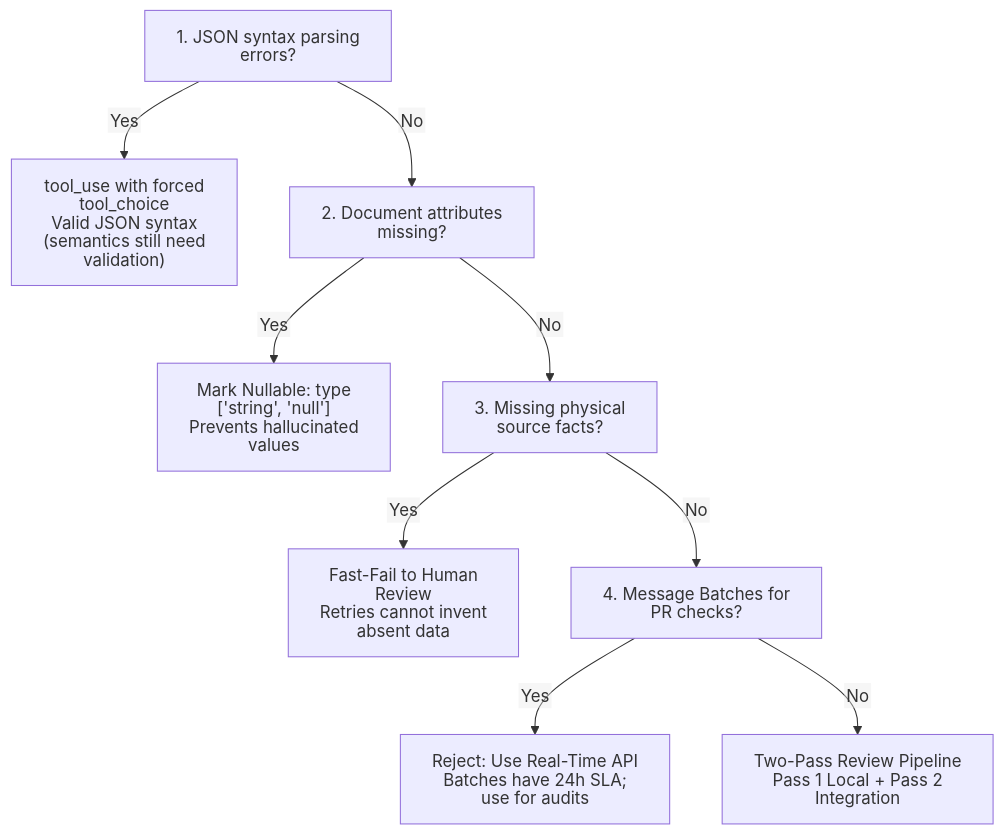
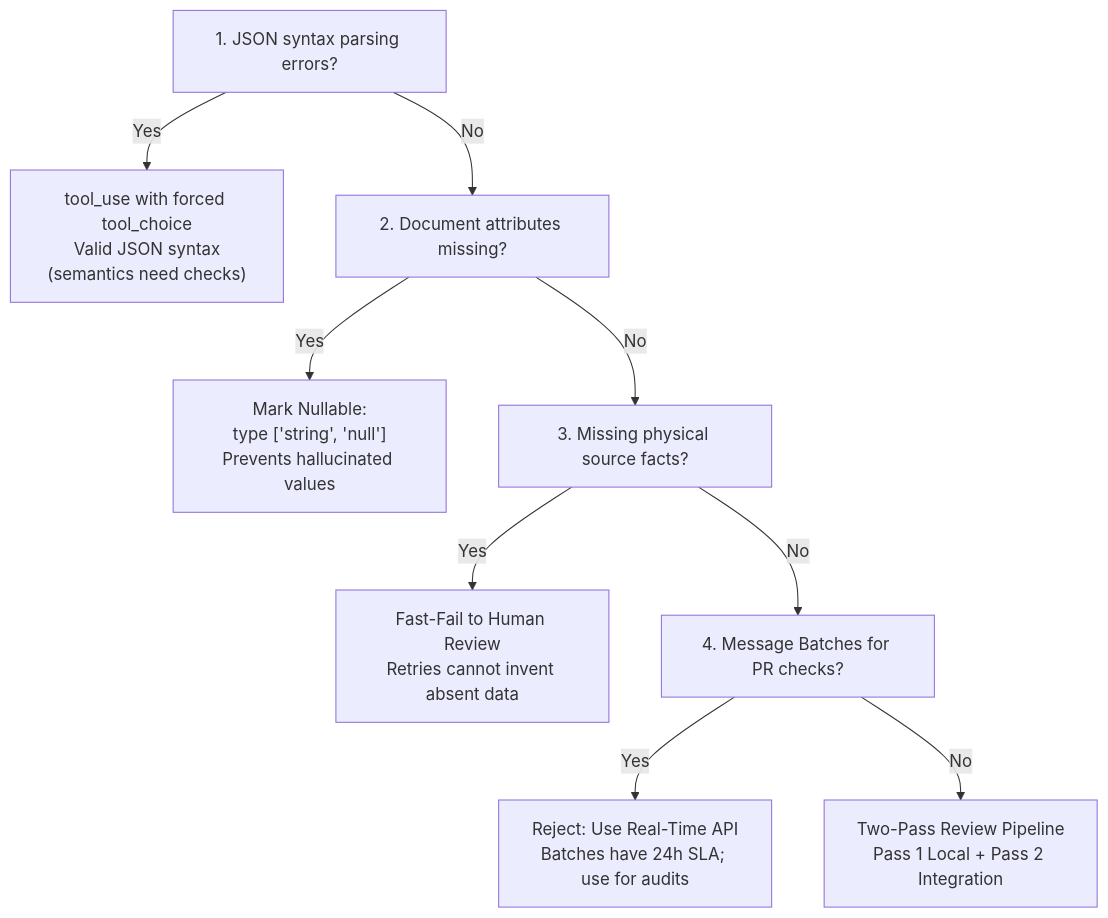
The second of 2 diagrams in domain4/README.md (dip4k/claude_cert_architect_foundation_prep), drawn with Mermaid before and after one commit. The commit also changed other lines of this file and 99 other files, not shown here.

````diff
--- a/domain4/README.md
+++ b/domain4/README.md
@@ -147,15 +143,11 @@
 ```mermaid
----
-config:
-  htmlLabels: false
----
 flowchart TD
-    Q1["1. JSON syntax parsing errors?"] -->|Yes| A1["tool_use with forced tool_choice<br>Valid JSON syntax (semantics still need validation)"]
+    Q1["1. JSON syntax parsing errors?"] -->|Yes| A1["tool_use with forced tool_choice<br>Valid JSON syntax<br>(semantics need checks)"]
     Q1 -->|No| Q2["2. Document attributes missing?"]
-    Q2 -->|Yes| A2["Mark Nullable: type ['string', 'null']<br>Prevents hallucinated values"]
+    Q2 -->|Yes| A2["Mark Nullable:<br>type ['string', 'null']<br>Prevents hallucinated values"]
     Q2 -->|No| Q3["3. Missing physical source facts?"]
     Q3 -->|Yes| A3["Fast-Fail to Human Review<br>Retries cannot invent absent data"]
     Q3 -->|No| Q4["4. Message Batches for PR checks?"]
     Q4 -->|Yes| A4["Reject: Use Real-Time API<br>Batches have 24h SLA; use for audits"]
     Q4 -->|No| A5["Two-Pass Review Pipeline<br>Pass 1 Local + Pass 2 Integration"]
 ```
````
